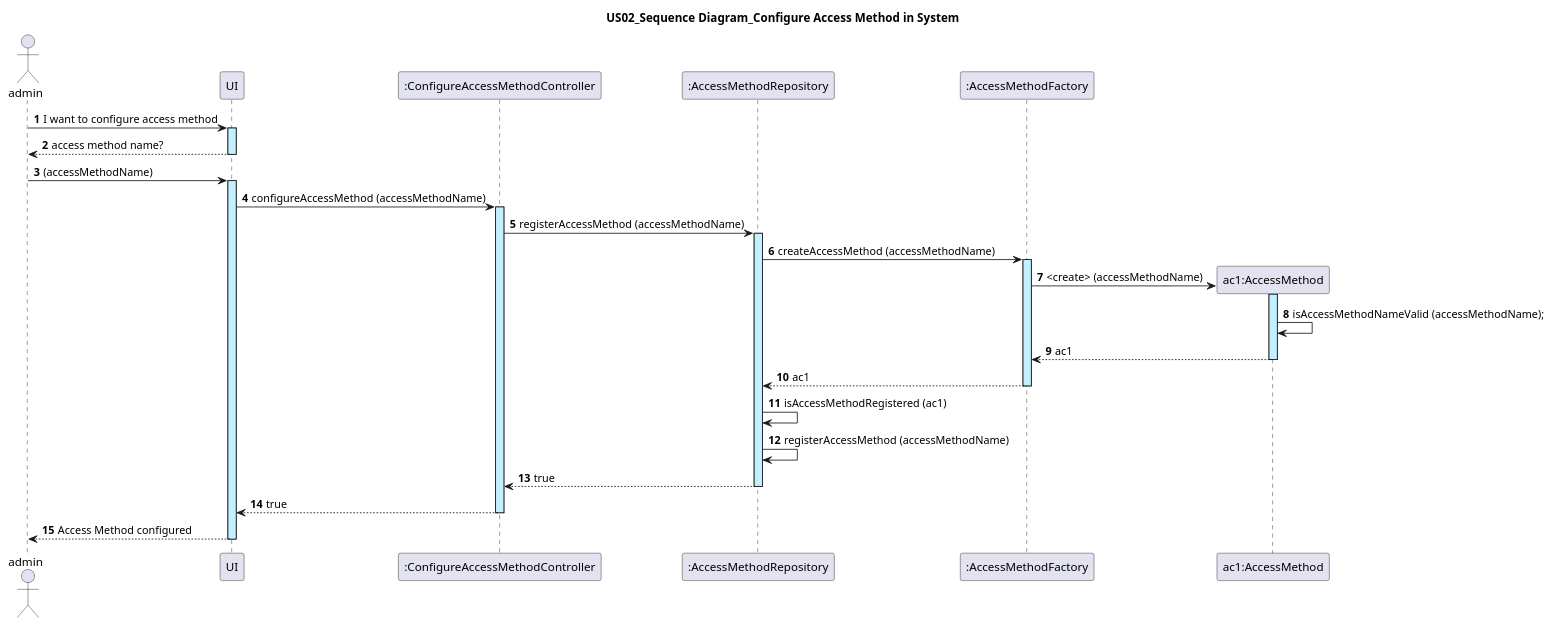
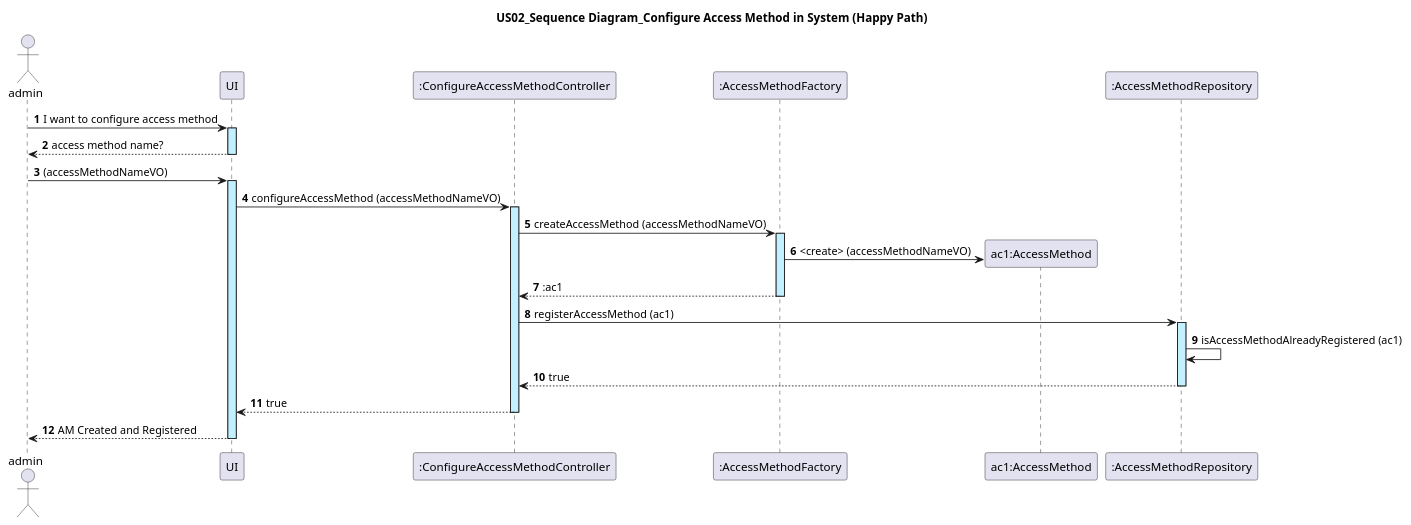
One commit to GasparISEP/DevOps-PAI changed the diagram in docs/US02/US02_ConfigureAccessMethod_SequenceDiagram.puml. Above: the diagram before and after it, drawn with PlantUML. The commit also changed 1 other file, not shown here.

Commit message:
ci: Updated US02_ConfigureAccessMethod_ClassDiagram.puml with DDD Concepts. Refs #58

```diff
--- a/docs/US02/US02_ConfigureAccessMethod_SequenceDiagram.puml
+++ b/docs/US02/US02_ConfigureAccessMethod_SequenceDiagram.puml
@@ -1,28 +1,26 @@
 @startuml
 actor admin
 autonumber
 
-title: US02_Sequence Diagram_Configure Access Method in System
+title: US02_Sequence Diagram_Configure Access Method in System (Happy Path)
 
 admin -> UI ++ #application : I want to configure access method
 UI --> admin -- : access method name?
-admin -> UI ++ #application :(accessMethodName)
-UI -> ":ConfigureAccessMethodController" as ConfigureAccessMethodController ++ #application : configureAccessMethod (accessMethodName)
+admin -> UI ++ #application :(accessMethodNameVO)
+UI -> ":ConfigureAccessMethodController" as ConfigureAccessMethodController ++ #application : configureAccessMethod (accessMethodNameVO)
 
-ConfigureAccessMethodController -> ":AccessMethodRepository" as AccessMethodRepository ++ #application : registerAccessMethod (accessMethodName)
-AccessMethodRepository -> ":AccessMethodFactory" as AccessMethodFactory ++ #application : createAccessMethod (accessMethodName)
 
+ConfigureAccessMethodController -> ":AccessMethodFactory" as AccessMethodFactory ++ #application : createAccessMethod (accessMethodNameVO)
 create "ac1:AccessMethod" as AccessMethod
-AccessMethodFactory -> AccessMethod ++ #application  : <create> (accessMethodName)
-AccessMethod -> AccessMethod : isAccessMethodNameValid (accessMethodName);
+AccessMethodFactory -> AccessMethod  #application  : <create> (accessMethodNameVO)
+AccessMethodFactory --> ConfigureAccessMethodController -- : :ac1
 
-AccessMethod --> AccessMethodFactory -- : ac1
-AccessMethodFactory --> AccessMethodRepository -- : ac1
-AccessMethodRepository -> AccessMethodRepository : isAccessMethodRegistered (ac1)
-AccessMethodRepository -> AccessMethodRepository : registerAccessMethod (accessMethodName)
+ConfigureAccessMethodController -> ":AccessMethodRepository" as AccessMethodRepository ++ #application : registerAccessMethod (ac1)
+
+AccessMethodRepository -> AccessMethodRepository : isAccessMethodAlreadyRegistered (ac1)
 
 AccessMethodRepository --> ConfigureAccessMethodController --: true
 
 ConfigureAccessMethodController --> UI --: true
-UI --> admin --: Access Method configured
+UI --> admin --: AM Created and Registered
 @enduml
```
